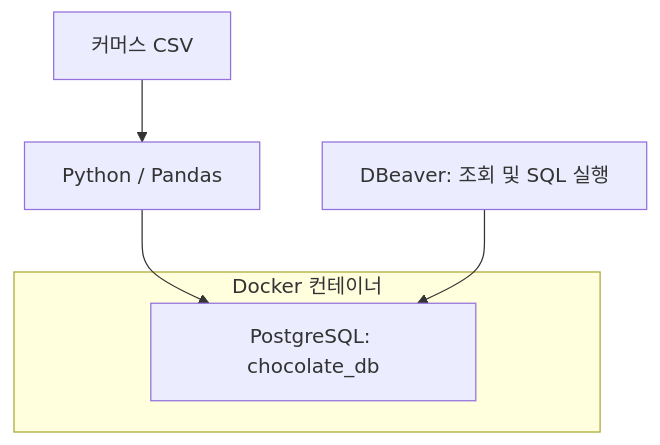
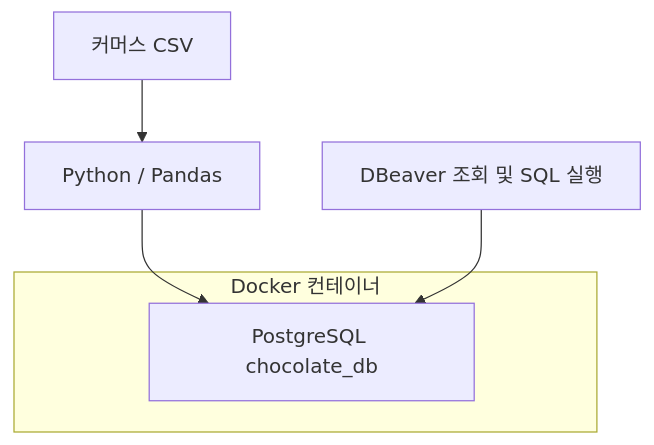
One commit to smmhk/chocolate-commerce-data-platform changed the first of 2 diagrams in docs/PROJECT_PROGRESS_KO.md. Above: the diagram before and after it, drawn with Mermaid. The commit also changed other lines of this file and 2 other files, not shown here.

````diff
--- a/docs/PROJECT_PROGRESS_KO.md
+++ b/docs/PROJECT_PROGRESS_KO.md
@@ -68,9 +82,9 @@
 ```mermaid
 flowchart TD
-    CSV["커머스 CSV"] --> PY["Python / Pandas"]
-    PY --> DB["PostgreSQL: chocolate_db"]
-    D["DBeaver: 조회 및 SQL 실행"] --> DB
-    subgraph DOCKER["Docker 컨테이너"]
+    CSV[커머스 CSV] --> PY[Python / Pandas]
+    PY --> DB[PostgreSQL chocolate_db]
+    D[DBeaver 조회 및 SQL 실행] --> DB
+    subgraph DOCKER[Docker 컨테이너]
         DB
     end
 ```
````
